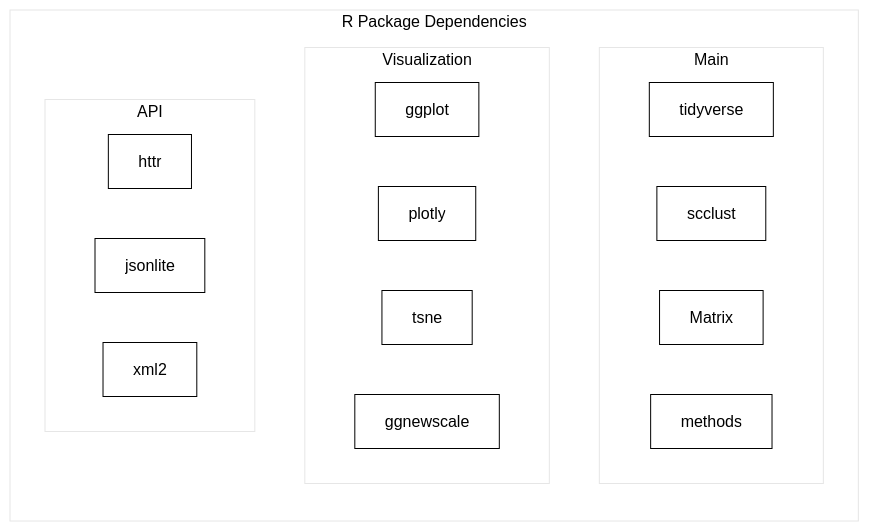
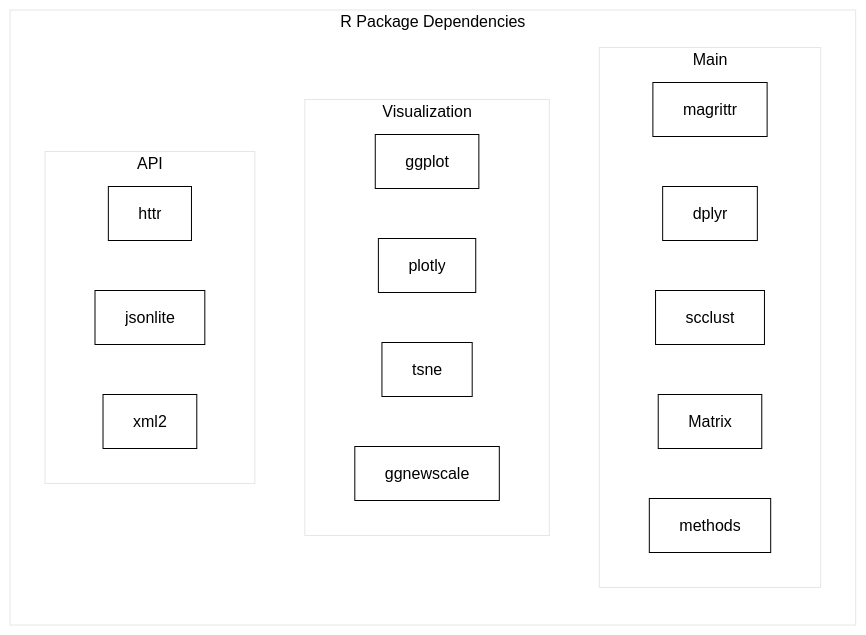
Before and after one commit to ctlab/samovar: the second of 2 diagrams in README.md, drawn with Mermaid. The commit also changed other lines of this file and 58 other files, not shown here.

````diff
--- a/README.md
+++ b/README.md
@@ -111,30 +127,31 @@
 ```mermaid
 %%{init: {'theme': 'base', 'themeVariables': { 'fontSize': '16px', 'fontFamily': 'arial', 'primaryColor': '#fff', 'primaryTextColor': '#000', 'primaryBorderColor': '#000', 'lineColor': '#000', 'secondaryColor': '#fff', 'tertiaryColor': '#fff'}}}%%
 graph LR
     subgraph "R Package Dependencies"
         subgraph "Main"
             direction LR
-            tidyverse
+            magrittr
+            dplyr
             scclust
             Matrix
             methods
         end
         
         subgraph "Visualization"
             direction LR
             ggplot
             plotly
             tsne
             ggnewscale
         end
         
         subgraph "API"
             direction LR
             httr
             jsonlite
             xml2
         end
     end
     
     linkStyle default stroke:#000
 ```
````
